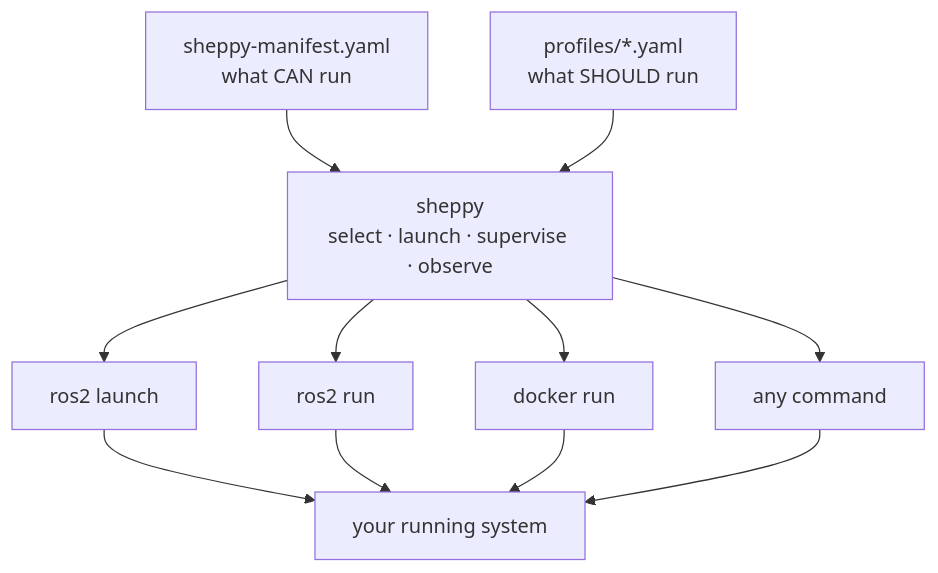
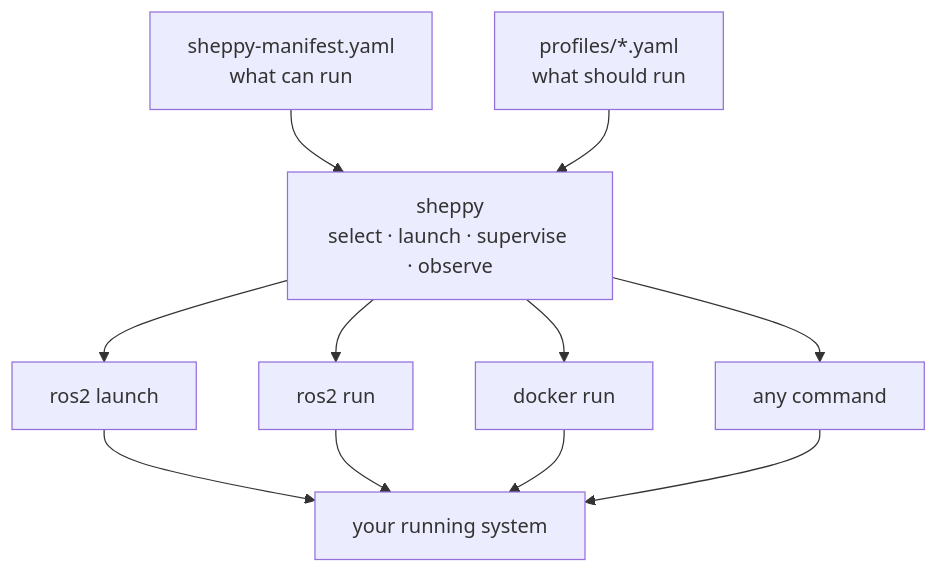
Before and after one commit to rammp-org/sheppy: the diagram in README.md, drawn with Mermaid. The commit also changed other lines of this file and 12 other files, not shown here.

````diff
--- a/README.md
+++ b/README.md
@@ -17,14 +24,14 @@
 ```mermaid
 flowchart TB
-  M["sheppy-manifest.yaml<br/>what CAN run"] --> S
-  P["profiles/*.yaml<br/>what SHOULD run"] --> S
+  M["sheppy-manifest.yaml<br/>what can run"] --> S
+  P["profiles/*.yaml<br/>what should run"] --> S
   S["sheppy<br/>select · launch · supervise · observe"]
   S --> L1["ros2 launch"]
   S --> L2["ros2 run"]
   S --> L3["docker run"]
   S --> L4["any command"]
   L1 --> N["your running system"]
   L2 --> N
   L3 --> N
   L4 --> N
 ```
````
